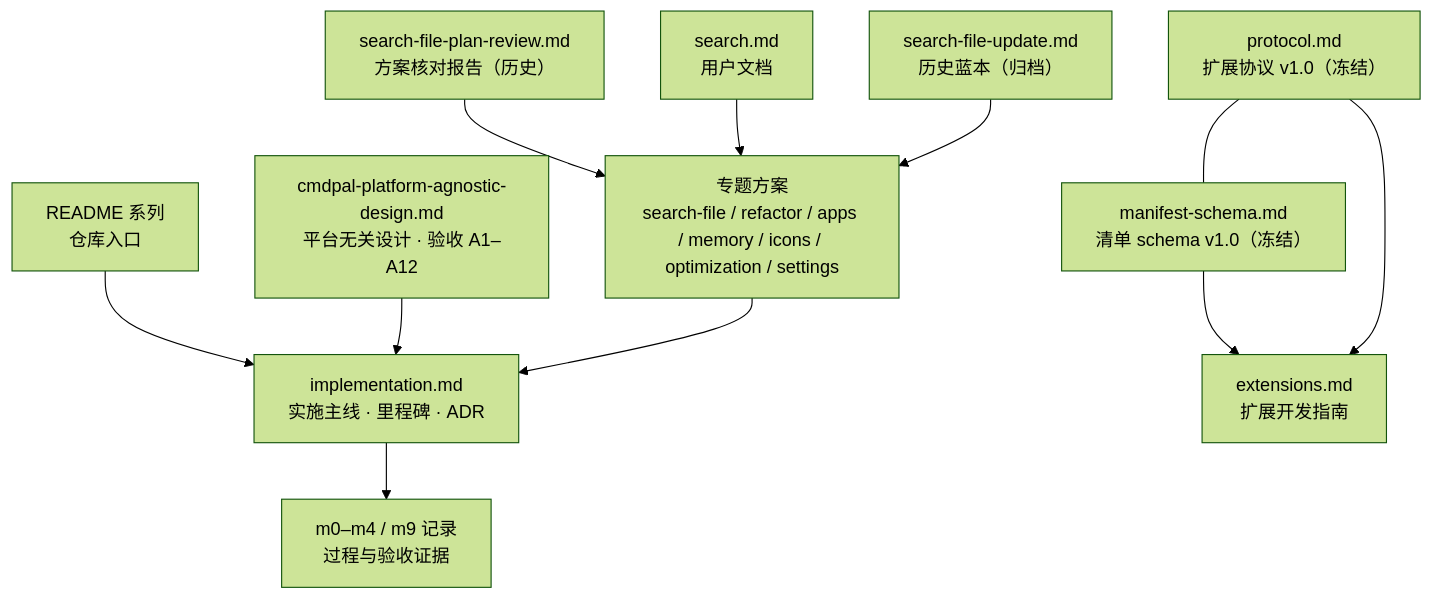
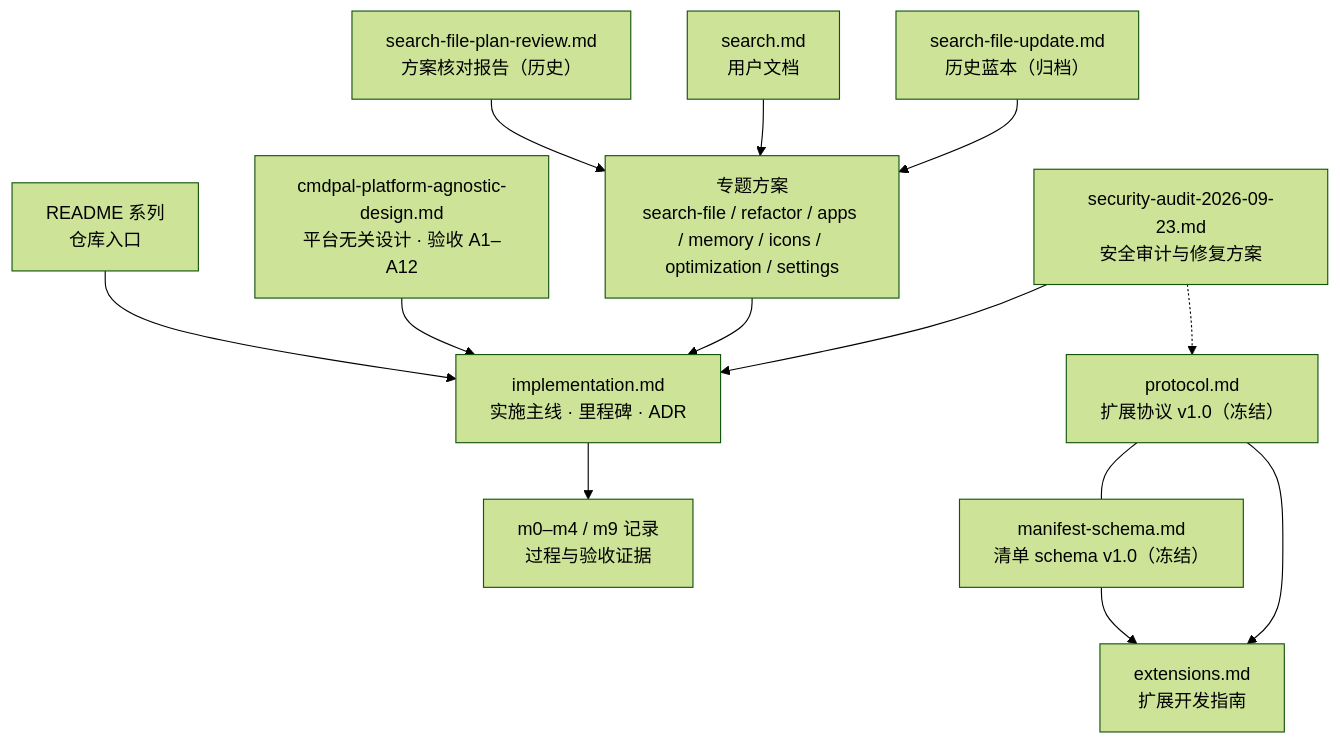
The diagram in docs/INDEX.md (Yang-SH/dd-run), drawn with Mermaid (forest theme) before and after one commit. The commit also changed other lines of this file and 16 other files, not shown here.

````diff
--- a/docs/INDEX.md
+++ b/docs/INDEX.md
@@ -23,16 +24,18 @@
 ```mermaid
 flowchart TD
     README["README 系列<br/>仓库入口"] --> IMPL
     IMPL["implementation.md<br/>实施主线 · 里程碑 · ADR"]
     DESIGN["cmdpal-platform-agnostic-design.md<br/>平台无关设计 · 验收 A1–A12"] --> IMPL
     IMPL --> REC["m0–m4 / m9 记录<br/>过程与验收证据"]
 
     PROTO["protocol.md<br/>扩展协议 v1.0（冻结）"] --- MANIFEST["manifest-schema.md<br/>清单 schema v1.0（冻结）"]
     MANIFEST --> EXT["extensions.md<br/>扩展开发指南"]
     PROTO --> EXT
 
     PLAN["专题方案<br/>search-file / refactor / apps / memory / icons / optimization / settings"] --> IMPL
     REVIEW["search-file-plan-review.md<br/>方案核对报告（历史）"] --> PLAN
+    AUDIT["security-audit-2026-09-23.md<br/>安全审计与修复方案"] --> IMPL
+    AUDIT -.-> PROTO
     USERDOC["search.md<br/>用户文档"] --> PLAN
     ARCHIVE["search-file-update.md<br/>历史蓝本（归档）"] --> PLAN
 ```
````
